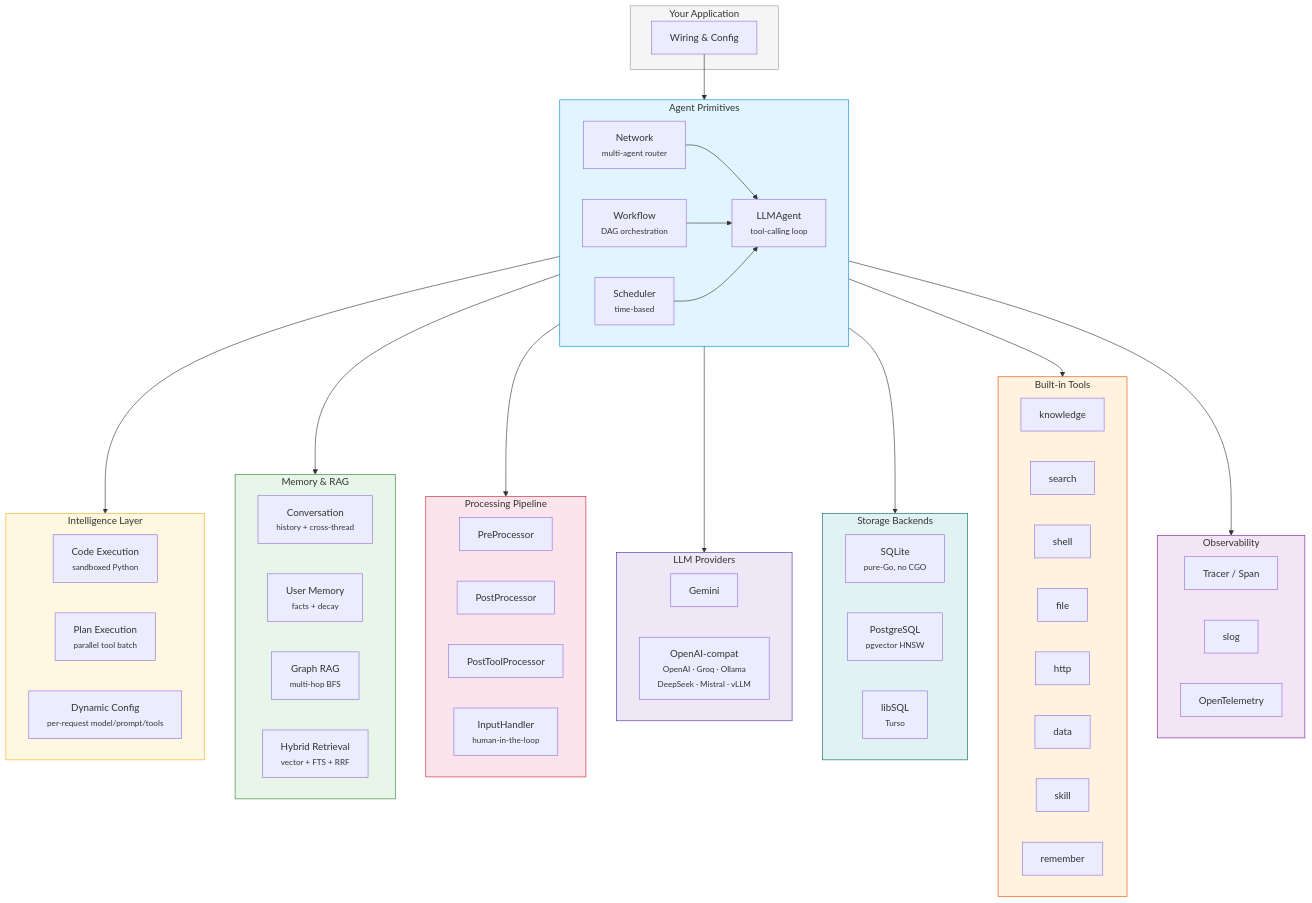
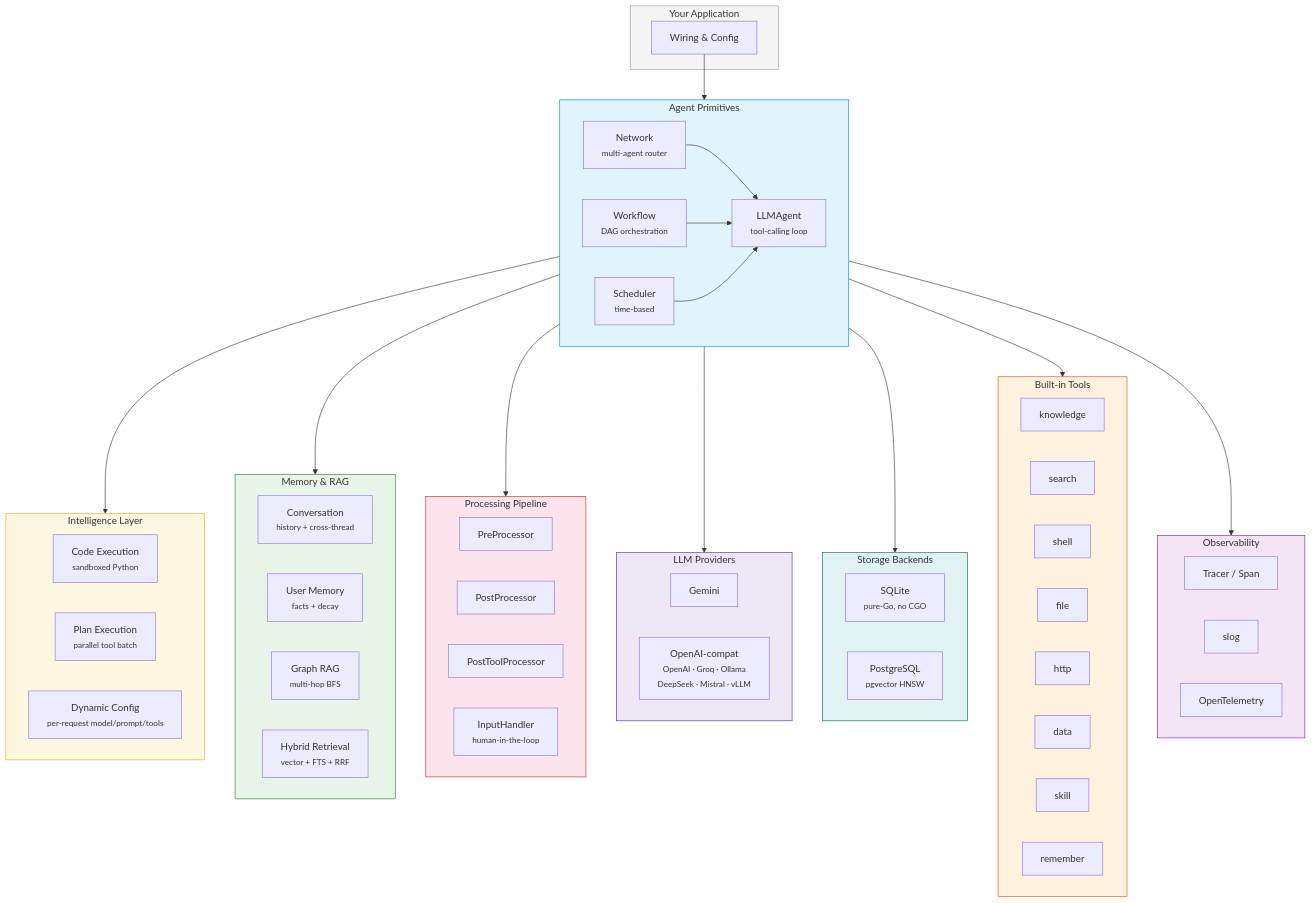
The first of 9 diagrams in docs/index.md (nevindra/oasis), drawn with Mermaid before and after one commit. The commit also changed 15 other files, not shown here.

```diff
--- a/docs/index.md
+++ b/docs/index.md
@@ -55,7 +55,6 @@
         direction LR
         SQL["SQLite<br/><small>pure-Go, no CGO</small>"]
         PG["PostgreSQL<br/><small>pgvector HNSW</small>"]
-        LIB["libSQL<br/><small>Turso</small>"]
     end
 
     subgraph TOOLS["Built-in Tools"]
```
